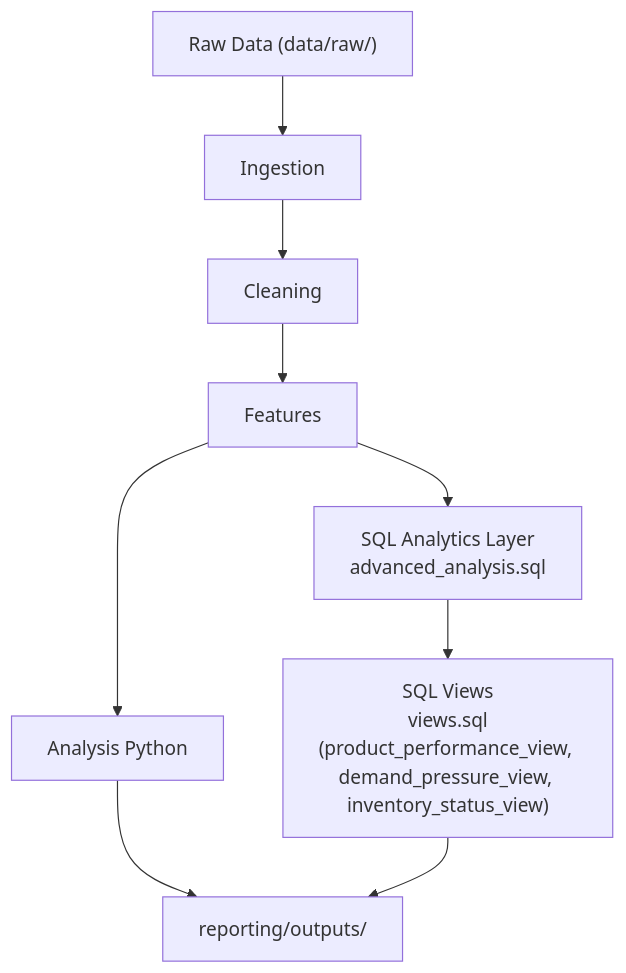
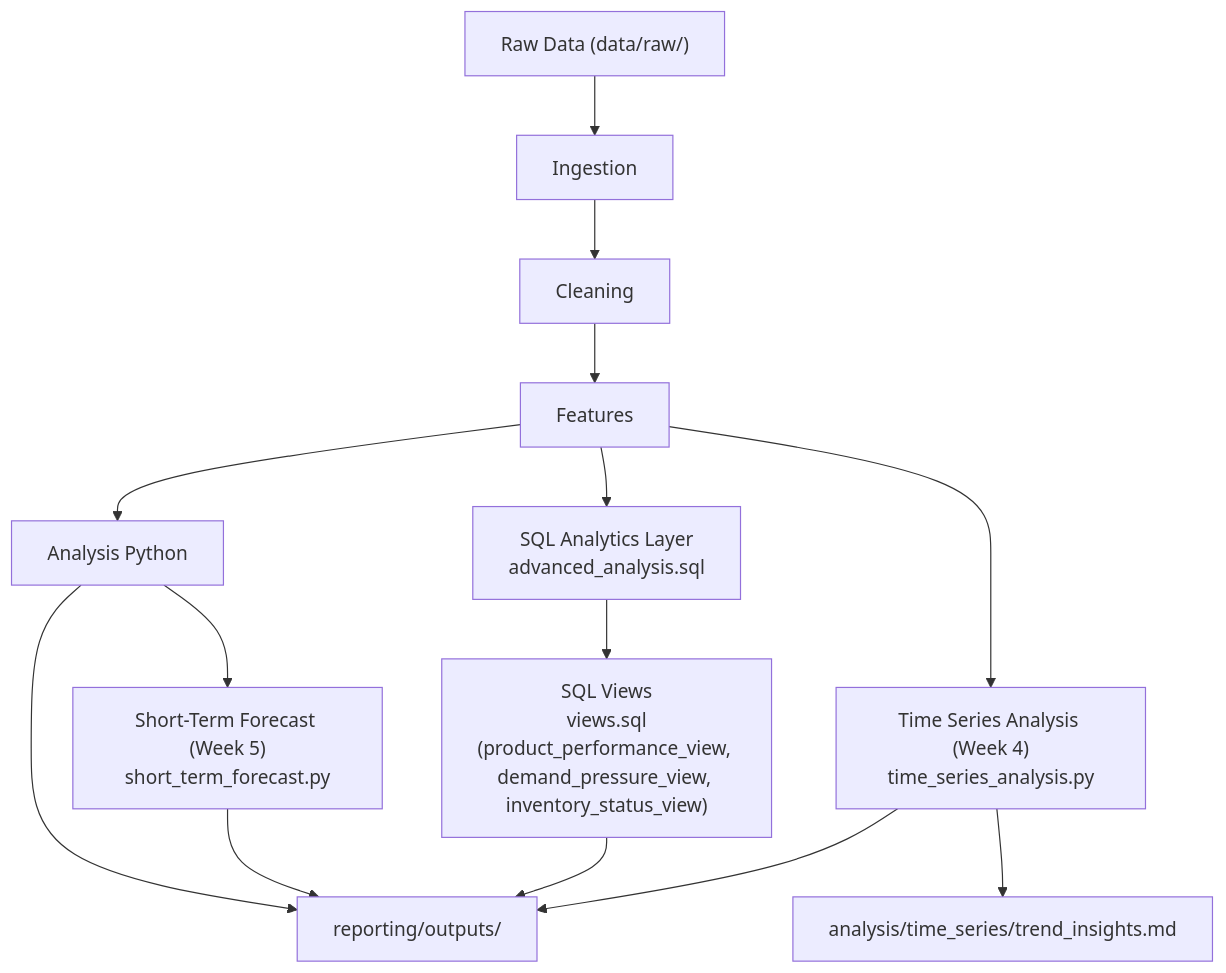
The diagram in dss_sales_inventory/README.md (MarwanSaad20/DATA_ANALYSIS), drawn with Mermaid before and after one commit. The commit also changed other lines of this file and 11 other files, not shown here.

Commit message:
Initial commit: Full DSS Sales & Inventory project including Week 1-5 features, Time Series Analysis, Short-Term Forecast, SQL Views, and reporting pipeline

`````diff
--- a/dss_sales_inventory/README.md
+++ b/dss_sales_inventory/README.md
@@ -82,11 +95,16 @@
 ```mermaid
 graph TD
     Raw["Raw Data (data/raw/)"] --> Ingestion
     Ingestion --> Cleaning
     Cleaning --> Features
     Features --> Analysis["Analysis Python"]
     Features --> SQLLayer["SQL Analytics Layer<br>advanced_analysis.sql"]
     SQLLayer --> Views["SQL Views<br>views.sql<br>(product_performance_view, demand_pressure_view, inventory_status_view)"]
     Analysis --> Reporting["reporting/outputs/"]
     Views --> Reporting
-````
+    Analysis --> Forecast["Short-Term Forecast (Week 5)<br>short_term_forecast.py"]
+    Forecast --> Reporting
+    Features --> TimeSeries["Time Series Analysis (Week 4)<br>time_series_analysis.py"]
+    TimeSeries --> Reporting
+    TimeSeries --> MarkdownReport["analysis/time_series/trend_insights.md"]
+```
`````
